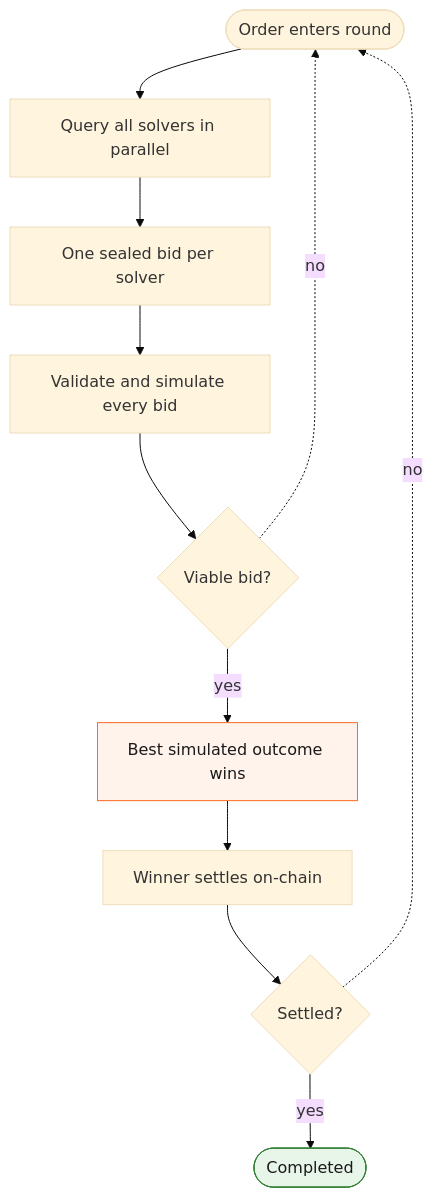
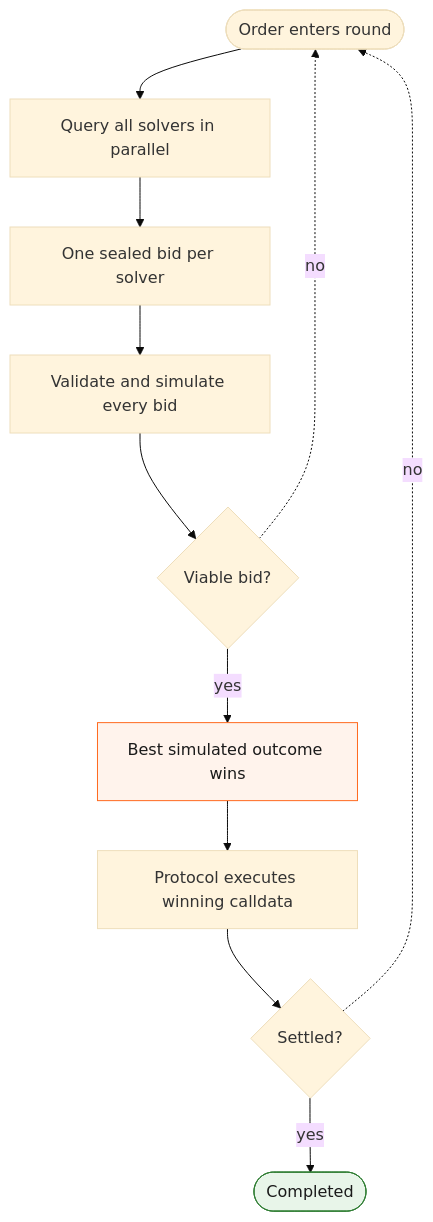
The diagram in solver-network/sealed-bid-auctions.mdx (VeloraDEX/docs), drawn with Mermaid (base theme) before and after one commit. The commit also changed other lines of this file and 15 other files, not shown here.

````diff
--- a/solver-network/sealed-bid-auctions.mdx
+++ b/solver-network/sealed-bid-auctions.mdx
@@ -34,19 +34,19 @@
 ```mermaid
 flowchart TB
   A([Order enters round]) --> B[Query all solvers in parallel]
   B --> C[One sealed bid per solver]
   C --> D[Validate and simulate every bid]
   D --> F{Viable bid?}
   F -- "yes" --> G[Best simulated outcome wins]
-  G --> H[Winner settles on-chain]
+  G --> H[Protocol executes winning calldata]
   H --> I{Settled?}
   I -- "yes" --> J([Completed])
   I -. "no" .-> A
   F -. "no" .-> A
 
   classDef accent fill:#FFF3EC,stroke:#FF6A1F,color:#1a1a1a
   classDef good fill:#E8F5E9,stroke:#2E7D32,color:#1a1a1a
 
   class G accent
   class J good
 ```
````
